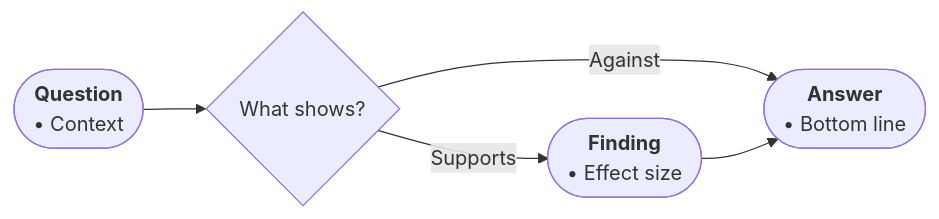
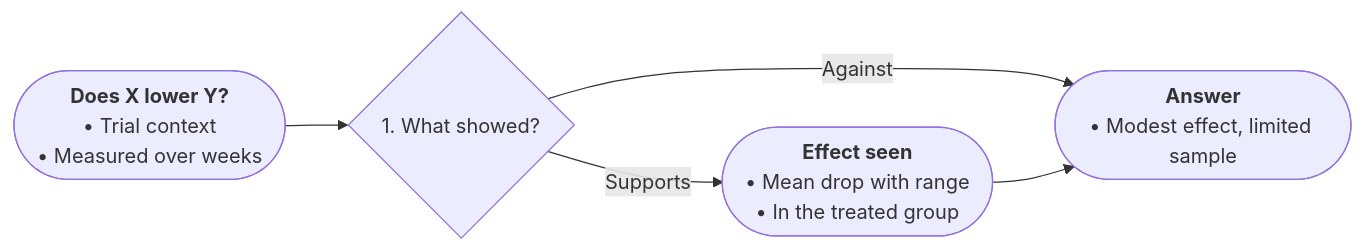
The diagram in cards/profiles/evidence.md (drsku6/flowcheck), drawn with Mermaid before and after one commit. The commit also changed other lines of this file and 31 other files, not shown here.

````diff
--- a/cards/profiles/evidence.md
+++ b/cards/profiles/evidence.md
@@ -10,11 +12,11 @@
 ```mermaid
 flowchart LR
-n1(["<b>Question</b><br/>• Context"]):::startNode
-n2{"What shows?"}:::decisionNode
-n3(["<b>Finding</b><br/>• Effect size"]):::altDx
-n4(["<b>Answer</b><br/>• Bottom line"]):::dispoNode
+n1(["<b>Does X lower Y?</b><br/>• Trial context<br/>• Measured over weeks"]):::startNode
+n2{"1. What showed?"}:::decisionNode
+n3(["<b>Effect seen</b><br/>• Mean drop with range<br/>• In the treated group"]):::altDx
+n4(["<b>Answer</b><br/>• Modest effect, limited sample"]):::dispoNode
 n1 --> n2
 n2 -->|"Supports"| n3
 n2 -->|"Against"| n4
 n3 --> n4
 ```
````
